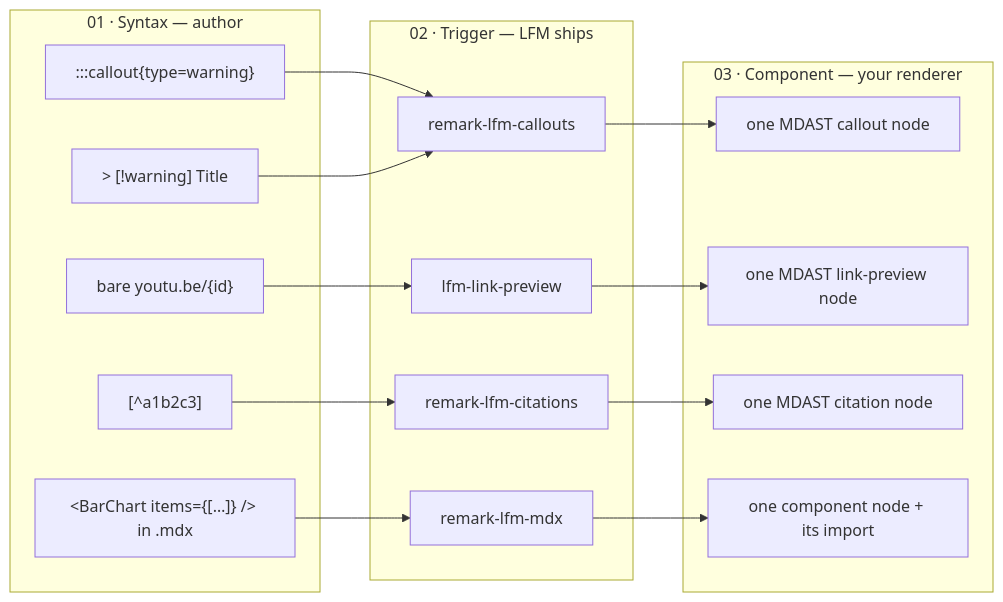
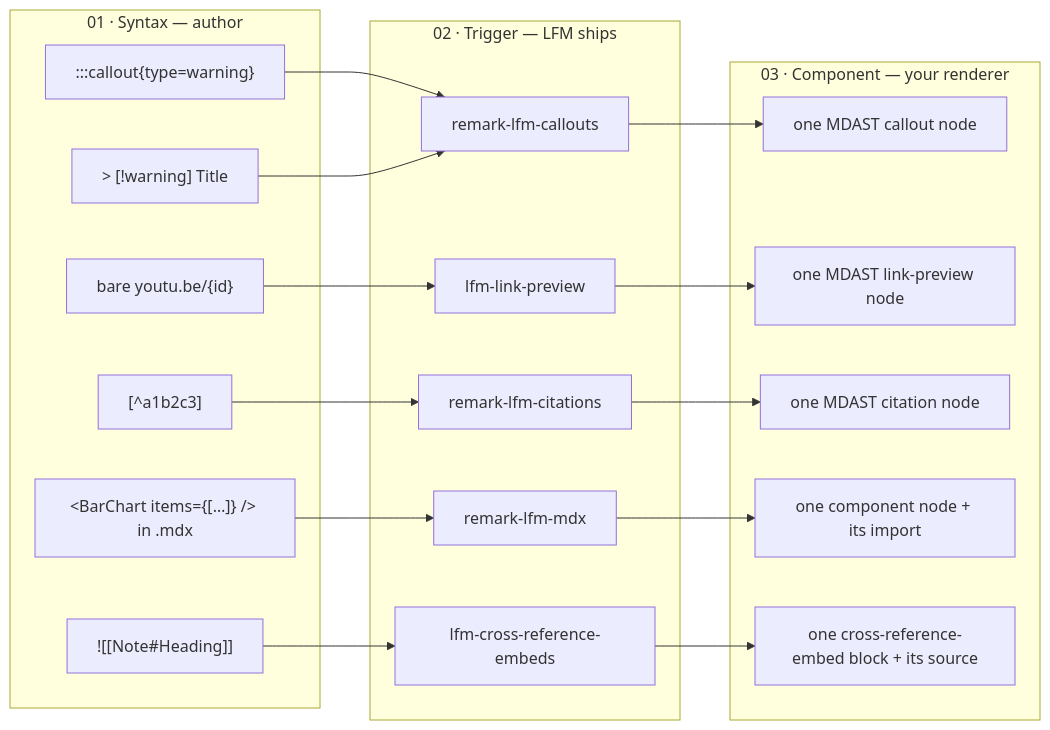
The diagram in README.md (lossless-group/lossless-flavored-markdown-package), drawn with Mermaid before and after one commit. The commit also changed other lines of this file and 12 other files, not shown here.

````diff
--- a/README.md
+++ b/README.md
@@ -75,34 +76,39 @@
 ```mermaid
 flowchart LR
     subgraph SYN["01 · Syntax — author"]
         S1[":::callout{type=warning}"]
         S2["&gt; [!warning] Title"]
         S3["bare youtu.be/{id}"]
         S4["[^a1b2c3]"]
         S5["&lt;BarChart items={[…]} /&gt; in .mdx"]
+        S6["![[Note#Heading]]"]
     end
 
     subgraph TRG["02 · Trigger — LFM ships"]
         T1["remark-lfm-callouts"]
         T2["lfm-link-preview"]
         T3["remark-lfm-citations"]
         T4["remark-lfm-mdx"]
+        T5["lfm-cross-reference-embeds"]
     end
 
     subgraph CMP["03 · Component — your renderer"]
         C1["one MDAST callout node"]
         C2["one MDAST link-preview node"]
         C3["one MDAST citation node"]
         C4["one component node + its import"]
+        C5["one cross-reference-embed block + its source"]
     end
 
     S1 --> T1
     S2 --> T1
     S3 --> T2
     S4 --> T3
     S5 --> T4
+    S6 --> T5
     T1 --> C1
     T2 --> C2
     T3 --> C3
     T4 --> C4
+    T5 --> C5
 ```
````
